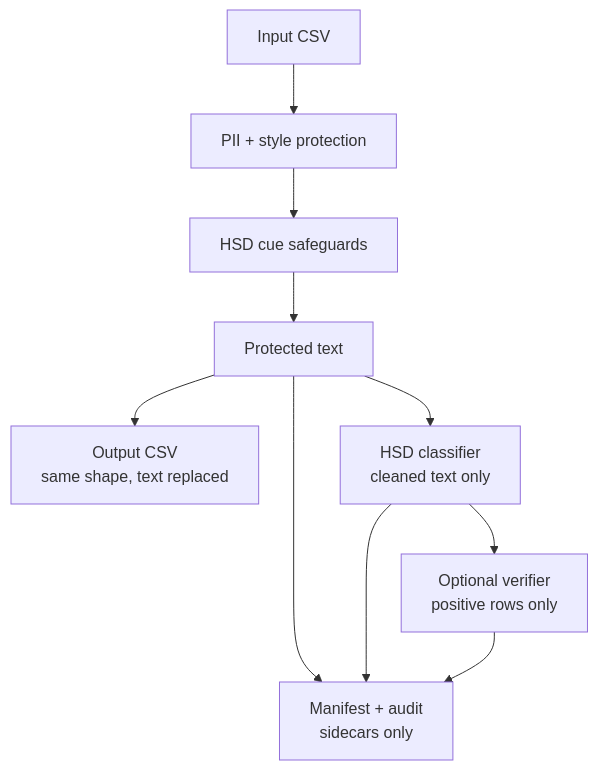
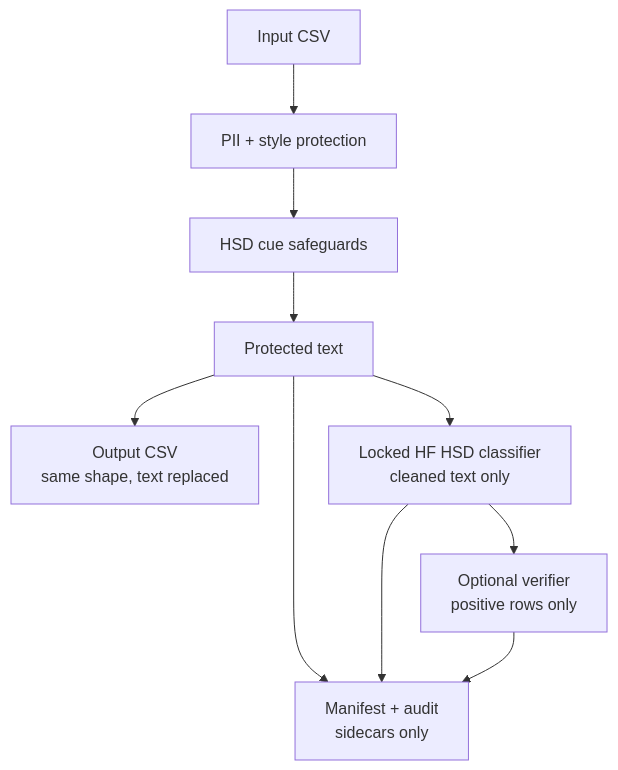
Before and after one commit to batinium/PrivHSD-Challenge: the first of 2 diagrams in docs/reference/system_diagram.md, drawn with Mermaid. The commit also changed other lines of this file and 25 other files, not shown here.

````diff
--- a/docs/reference/system_diagram.md
+++ b/docs/reference/system_diagram.md
@@ -12,12 +12,12 @@
 ```mermaid
 flowchart TB
     A[Input CSV] --> B[PII + style protection]
     B --> C[HSD cue safeguards]
     C --> D[Protected text]
     D --> E[Output CSV<br/>same shape, text replaced]
     D --> F[Manifest + audit<br/>sidecars only]
-    D --> G[HSD classifier<br/>cleaned text only]
+    D --> G[Locked HF HSD classifier<br/>cleaned text only]
     G --> H[Optional verifier<br/>positive rows only]
     G --> F
     H --> F
 ```
````
